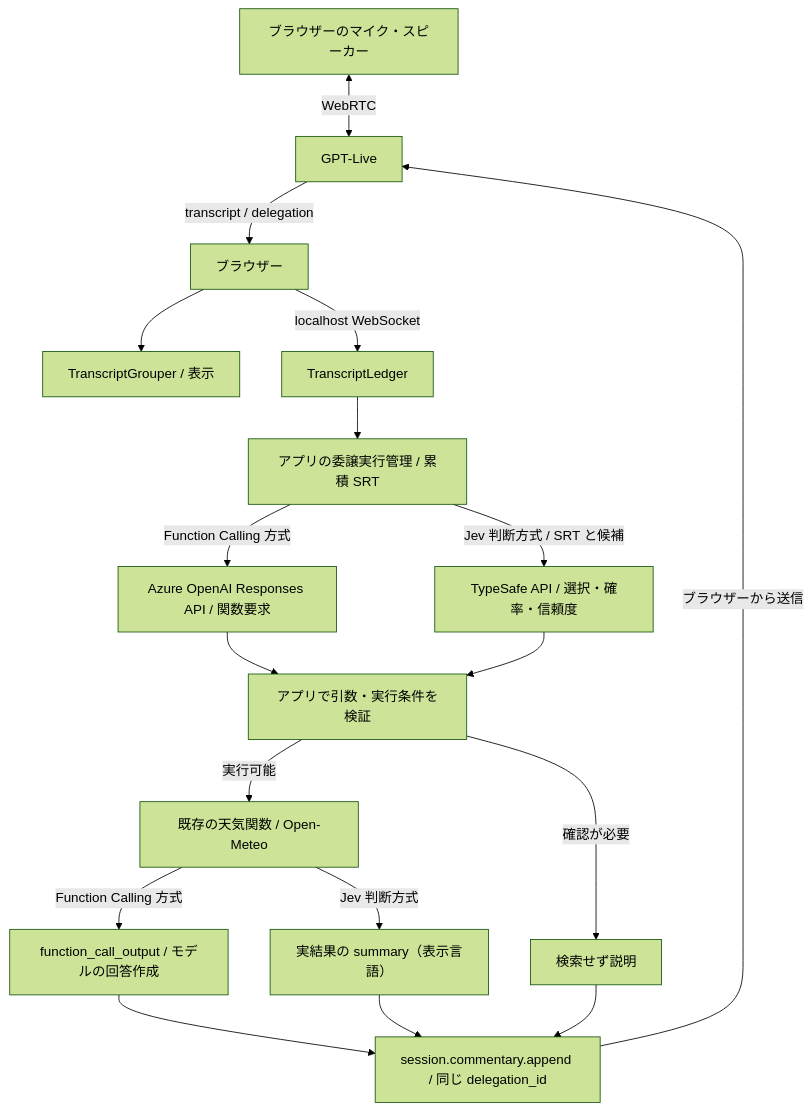
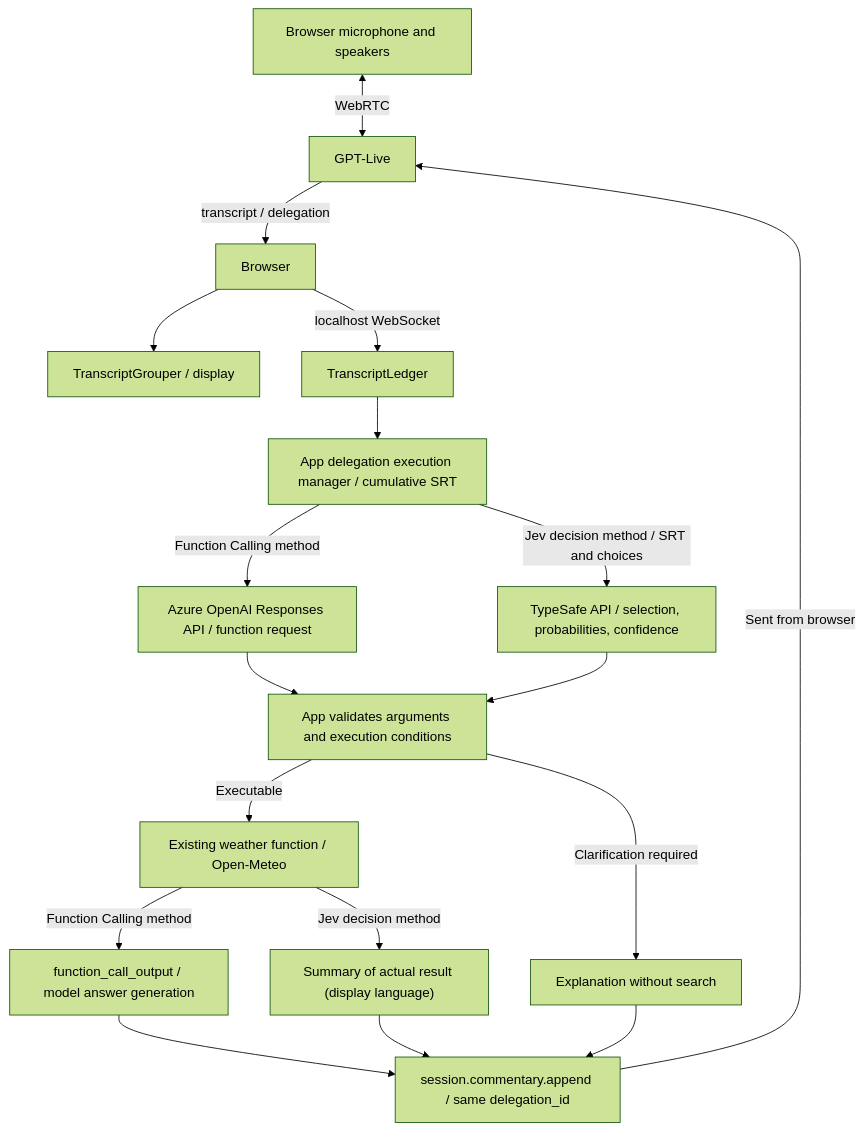
One commit to nohanaga/gpt-live-transcript-lab changed the second of 2 diagrams in docs/usage.md. Above: the diagram before and after it, drawn with Mermaid (forest theme). The commit also changed other lines of this file and 8 other files, not shown here.

````diff
--- a/docs/usage.md
+++ b/docs/usage.md
@@ -491,20 +378,20 @@
 ```mermaid
 flowchart TD
-    M["ブラウザーのマイク・スピーカー"] <-->|WebRTC| L["GPT-Live"]
-    L -->|"transcript / delegation"| B["ブラウザー"]
-    B --> G["TranscriptGrouper / 表示"]
+    M["Browser microphone and speakers"] <-->|WebRTC| L["GPT-Live"]
+    L -->|"transcript / delegation"| B["Browser"]
+    B --> G["TranscriptGrouper / display"]
     B -->|localhost WebSocket| T["TranscriptLedger"]
-    T --> E["アプリの委譲実行管理 / 累積 SRT"]
-    E -->|"Function Calling 方式"| F["Azure OpenAI Responses API / 関数要求"]
-    E -->|"Jev 判断方式 / SRT と候補"| J["TypeSafe API / 選択・確率・信頼度"]
-    F --> V["アプリで引数・実行条件を検証"]
+    T --> E["App delegation execution manager / cumulative SRT"]
+    E -->|"Function Calling method"| F["Azure OpenAI Responses API / function request"]
+    E -->|"Jev decision method / SRT and choices"| J["TypeSafe API / selection, probabilities, confidence"]
+    F --> V["App validates arguments and execution conditions"]
     J --> V
-    V -->|"実行可能"| W["既存の天気関数 / Open-Meteo"]
-    W -->|"Function Calling 方式"| R["function_call_output / モデルの回答作成"]
-    W -->|"Jev 判断方式"| S["実結果の summary（表示言語）"]
-    V -->|"確認が必要"| N["検索せず説明"]
-    R --> O["session.commentary.append / 同じ delegation_id"]
+    V -->|"Executable"| W["Existing weather function / Open-Meteo"]
+    W -->|"Function Calling method"| R["function_call_output / model answer generation"]
+    W -->|"Jev decision method"| S["Summary of actual result (display language)"]
+    V -->|"Clarification required"| N["Explanation without search"]
+    R --> O["session.commentary.append / same delegation_id"]
     S --> O
     N --> O
-    O -->|"ブラウザーから送信"| L
+    O -->|"Sent from browser"| L
 ```
````
